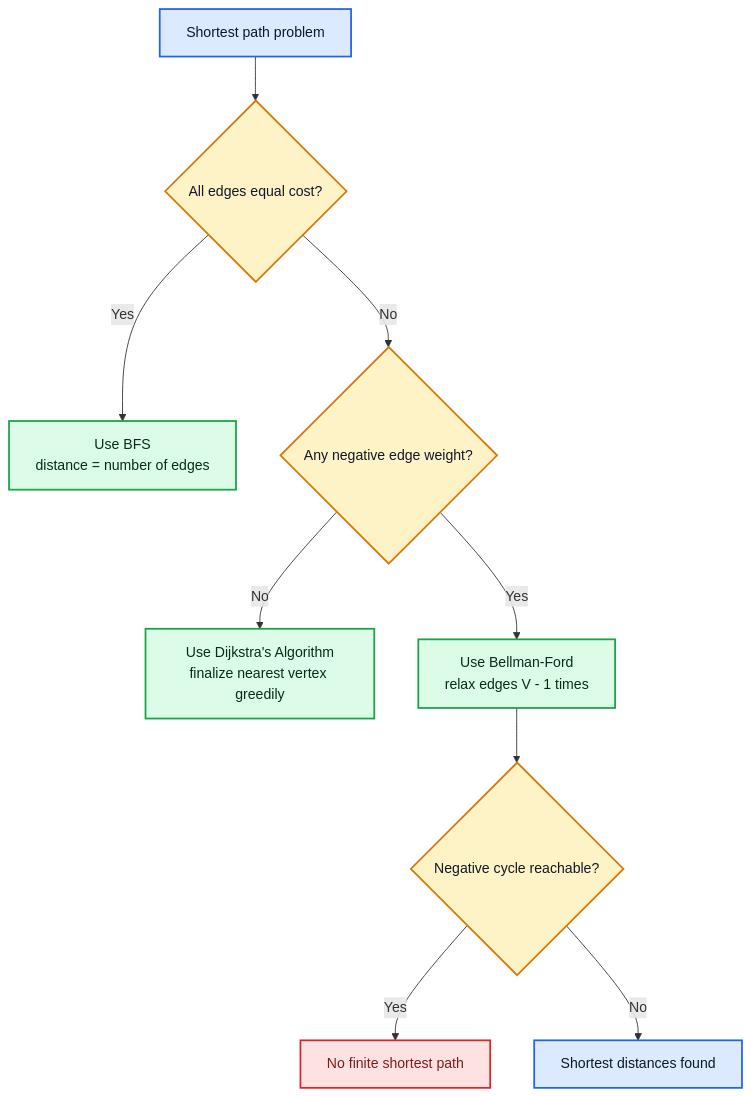
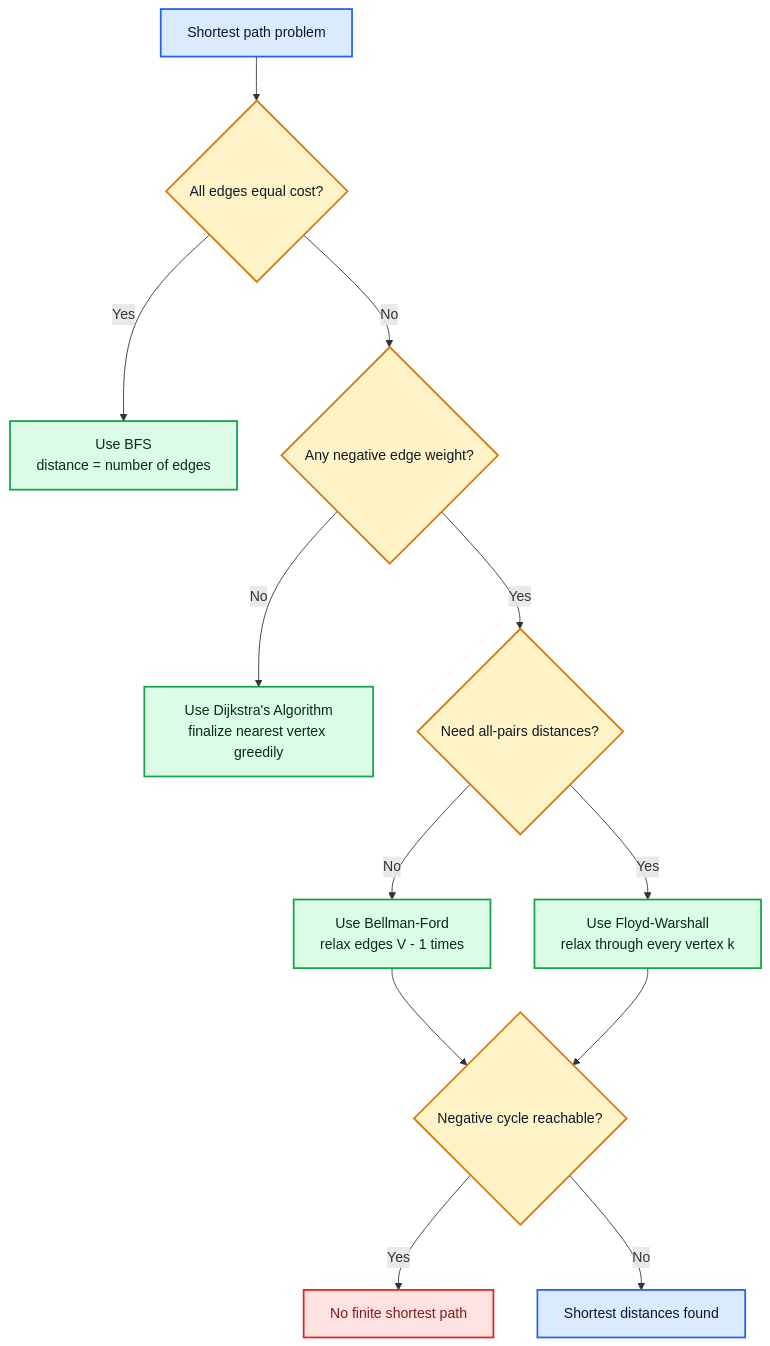
One commit to M-F-Tushar/CSE-2201-2202-Algorithm-Design-and-Analysis-Sessional changed the sixth of 23 diagrams in Chapter 11 - Graph Algorithms/README.md. Above: the diagram before and after it, drawn with Mermaid. The commit also changed other lines of this file and 2 other files, not shown here.

Commit message:
Fixed Floyed warshall and Bellman ford

````diff
--- a/Chapter 11 - Graph Algorithms/README.md
+++ b/Chapter 11 - Graph Algorithms/README.md
@@ -442,20 +449,23 @@
 ```mermaid
 flowchart TD
 	Start["Shortest path problem"] --> Unweighted{"All edges equal cost?"}
 	Unweighted -->|Yes| BFS["Use BFS<br/>distance = number of edges"]
 	Unweighted -->|No| Negative{"Any negative edge weight?"}
 	Negative -->|No| Dijkstra["Use Dijkstra's Algorithm<br/>finalize nearest vertex greedily"]
-	Negative -->|Yes| BF["Use Bellman-Ford<br/>relax edges V - 1 times"]
+	Negative -->|Yes| AllPairs{"Need all-pairs distances?"}
+	AllPairs -->|Yes| FW["Use Floyd-Warshall<br/>relax through every vertex k"]
+	AllPairs -->|No| BF["Use Bellman-Ford<br/>relax edges V - 1 times"]
 	BF --> Cycle{"Negative cycle reachable?"}
+	FW --> Cycle
 	Cycle -->|Yes| Bad["No finite shortest path"]
 	Cycle -->|No| Dist["Shortest distances found"]
 
 	classDef decision fill:#fef3c7,stroke:#d97706,stroke-width:2px,color:#111827;
 	classDef algo fill:#dcfce7,stroke:#16a34a,stroke-width:2px,color:#052e16;
 	classDef warn fill:#fee2e2,stroke:#dc2626,stroke-width:2px,color:#7f1d1d;
 	classDef result fill:#dbeafe,stroke:#2563eb,stroke-width:2px,color:#0f172a;
 	class Start,Dist result;
-	class Unweighted,Negative,Cycle decision;
-	class BFS,Dijkstra,BF algo;
+	class Unweighted,Negative,Cycle,AllPairs decision;
+	class BFS,Dijkstra,BF,FW algo;
 	class Bad warn;
 ```
````
